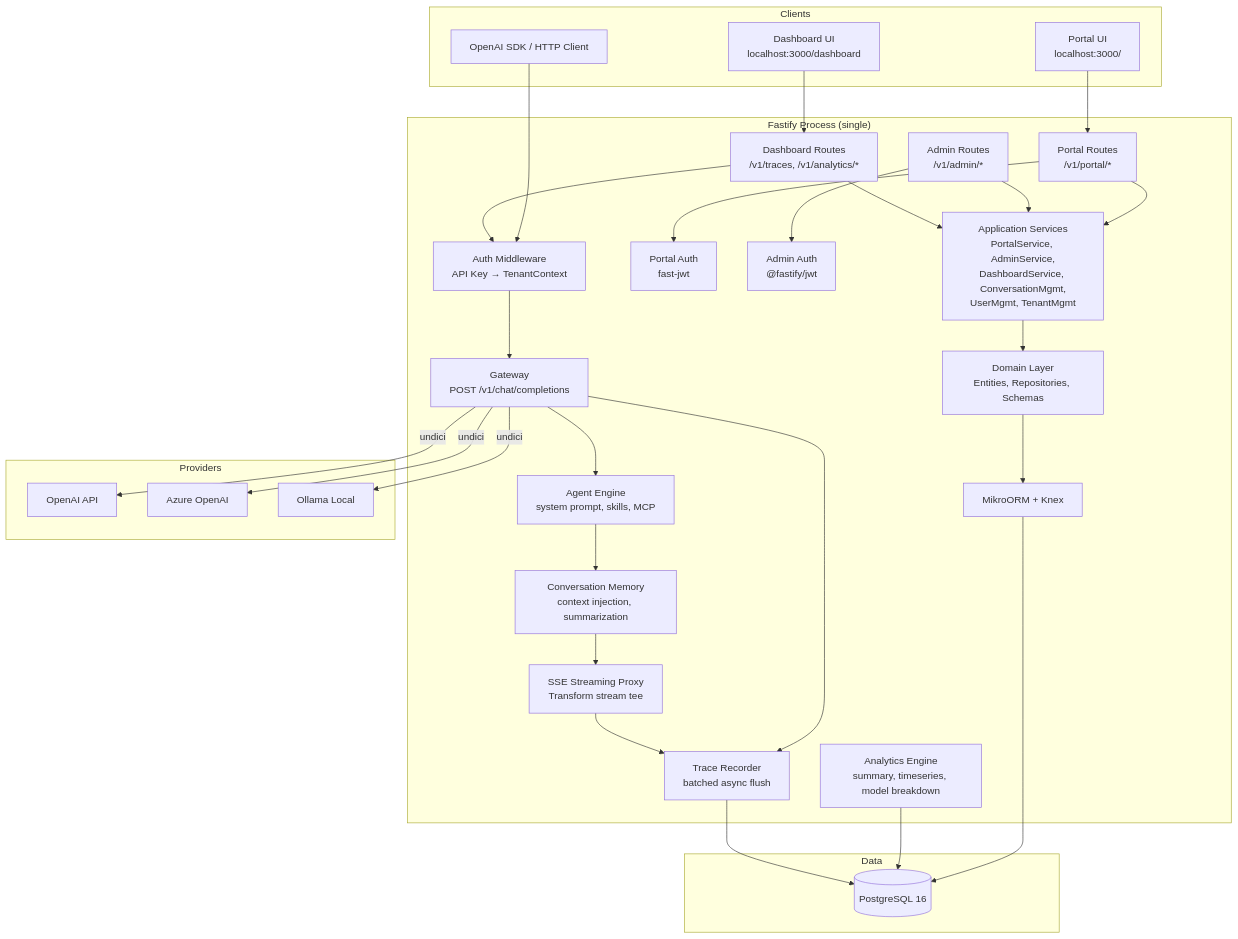
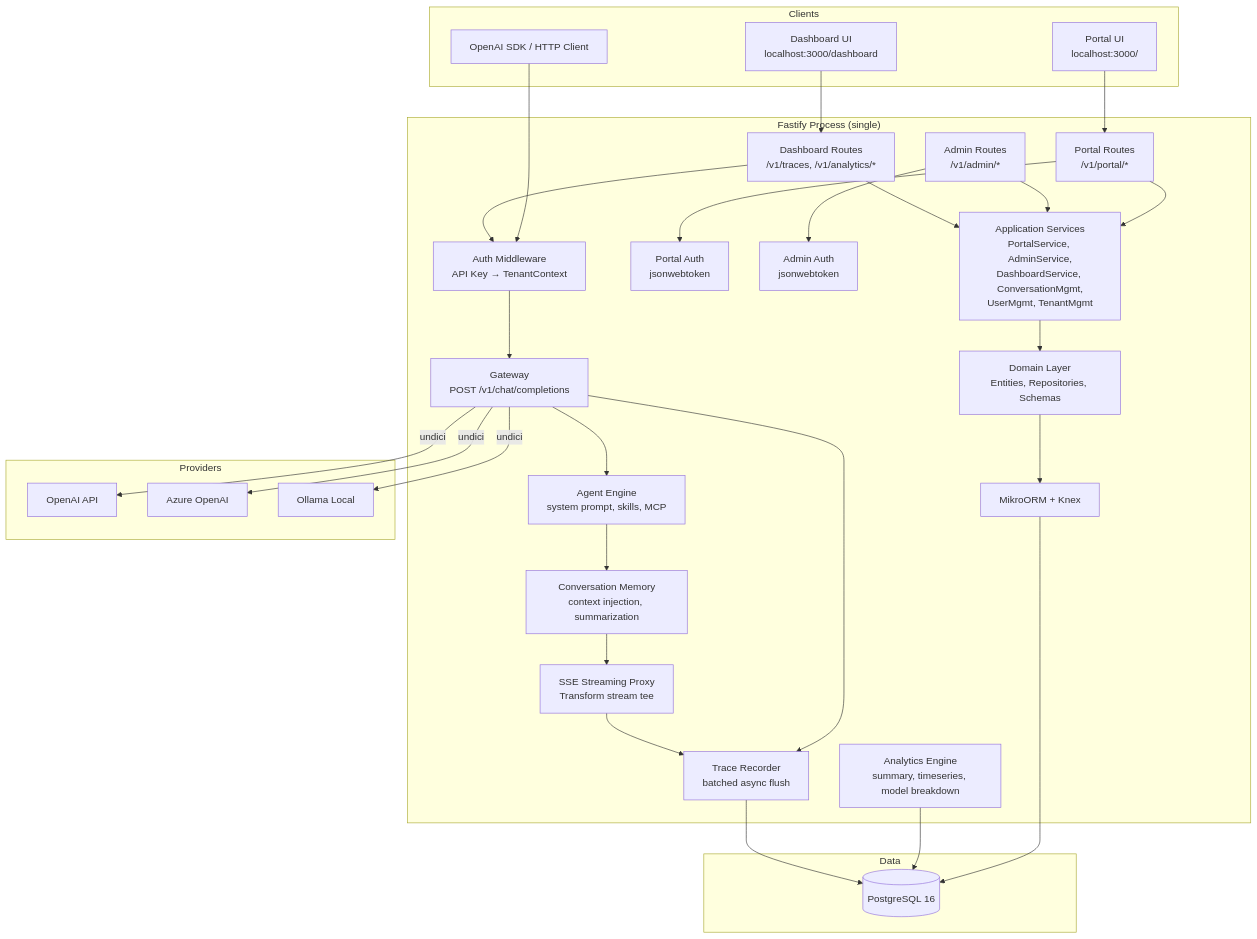
The first of 5 diagrams in docs/architecture.md (Goalglowup/loom), drawn with Mermaid before and after one commit. The commit also changed other lines of this file, not shown here.

First line of the commit message:
Update architecture doc: unified JWT auth middleware

````diff
--- a/docs/architecture.md
+++ b/docs/architecture.md
@@ -22,64 +22,64 @@
 ```mermaid
 graph TB
     subgraph Clients
         SDK[OpenAI SDK / HTTP Client]
         PortalUI[Portal UI<br/>localhost:3000/]
         DashUI[Dashboard UI<br/>localhost:3000/dashboard]
     end
 
     subgraph "Fastify Process (single)"
         GW[Gateway<br/>POST /v1/chat/completions]
         Auth[Auth Middleware<br/>API Key → TenantContext]
         Agent[Agent Engine<br/>system prompt, skills, MCP]
         ConvMem[Conversation Memory<br/>context injection, summarization]
         SSE[SSE Streaming Proxy<br/>Transform stream tee]
         Trace[Trace Recorder<br/>batched async flush]
 
         PortalAPI[Portal Routes<br/>/v1/portal/*]
         DashAPI[Dashboard Routes<br/>/v1/traces, /v1/analytics/*]
         AdminAPI[Admin Routes<br/>/v1/admin/*]
 
-        PortalAuth[Portal Auth<br/>fast-jwt]
-        AdminAuth[Admin Auth<br/>@fastify/jwt]
+        PortalAuth[Portal Auth<br/>jsonwebtoken]
+        AdminAuth[Admin Auth<br/>jsonwebtoken]
 
         Analytics[Analytics Engine<br/>summary, timeseries, model breakdown]
 
         Services[Application Services<br/>PortalService, AdminService,<br/>DashboardService, ConversationMgmt,<br/>UserMgmt, TenantMgmt]
 
         Domain[Domain Layer<br/>Entities, Repositories, Schemas]
         ORM[MikroORM + Knex]
     end
 
     subgraph Providers
         OpenAI[OpenAI API]
         Azure[Azure OpenAI]
         Ollama[Ollama Local]
     end
 
     subgraph Data
         PG[(PostgreSQL 16)]
     end
 
     SDK --> Auth --> GW
     GW --> Agent --> ConvMem
     ConvMem --> SSE
     GW --> Trace
     SSE --> Trace
     GW -->|undici| OpenAI
     GW -->|undici| Azure
     GW -->|undici| Ollama
 
     PortalUI --> PortalAPI
     DashUI --> DashAPI
 
     PortalAPI --> PortalAuth
     AdminAPI --> AdminAuth
     DashAPI --> Auth
 
     PortalAPI --> Services
     AdminAPI --> Services
     DashAPI --> Services
     Services --> Domain --> ORM --> PG
     Analytics --> PG
     Trace --> PG
 ```
````
